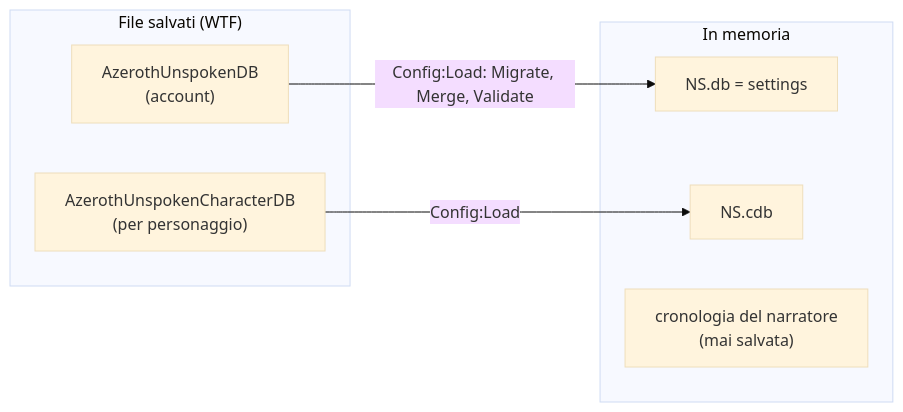
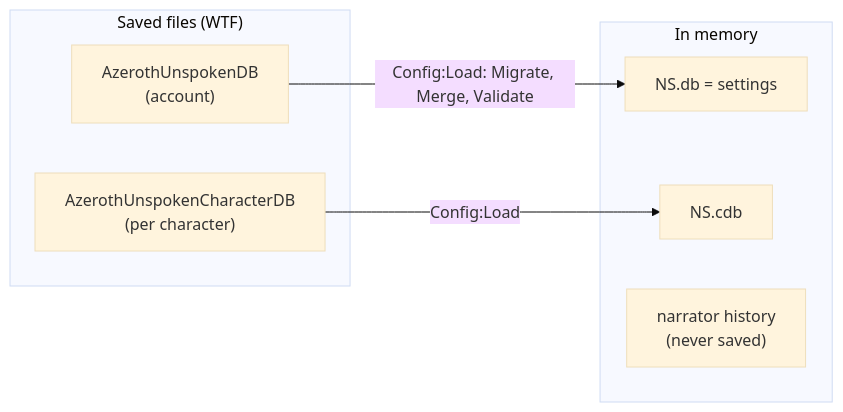
One commit to Finland6738/azeroth-unspoken changed diagram 13 of 14 in docs/ARCHITECTURE.md. Above: the diagram before and after it, drawn with Mermaid (base theme). The commit also changed other lines of this file and 31 other files, not shown here.

````diff
--- a/docs/ARCHITECTURE.md
+++ b/docs/ARCHITECTURE.md
@@ -487,14 +487,14 @@
 ```mermaid
 flowchart LR
-    subgraph Disk["File salvati (WTF)"]
+    subgraph Disk["Saved files (WTF)"]
         G["AzerothUnspokenDB<br/>(account)"]
-        C["AzerothUnspokenCharacterDB<br/>(per personaggio)"]
+        C["AzerothUnspokenCharacterDB<br/>(per character)"]
     end
-    subgraph Mem["In memoria"]
+    subgraph Mem["In memory"]
         DB["NS.db = settings"]
         CDB["NS.cdb"]
-        HIS["cronologia del narratore<br/>(mai salvata)"]
+        HIS["narrator history<br/>(never saved)"]
     end
     G -- "Config:Load: Migrate, Merge, Validate" --> DB
     C -- "Config:Load" --> CDB
 ```
````
